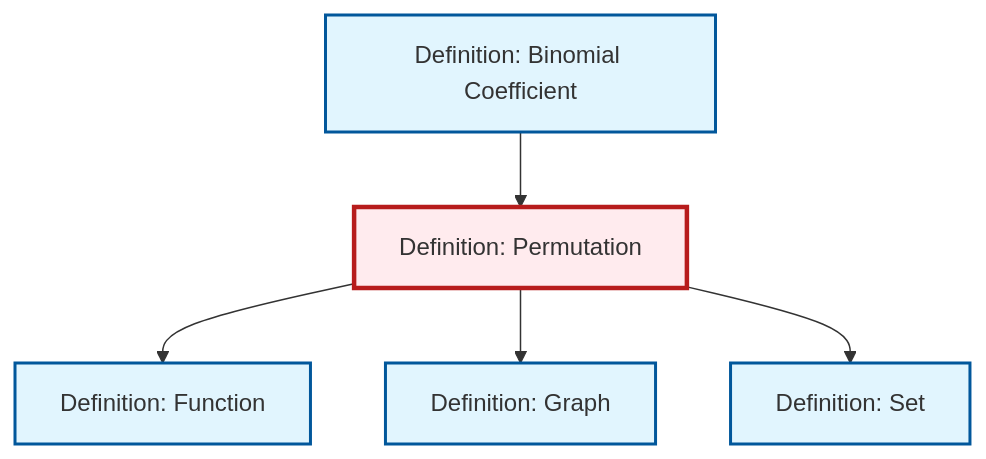
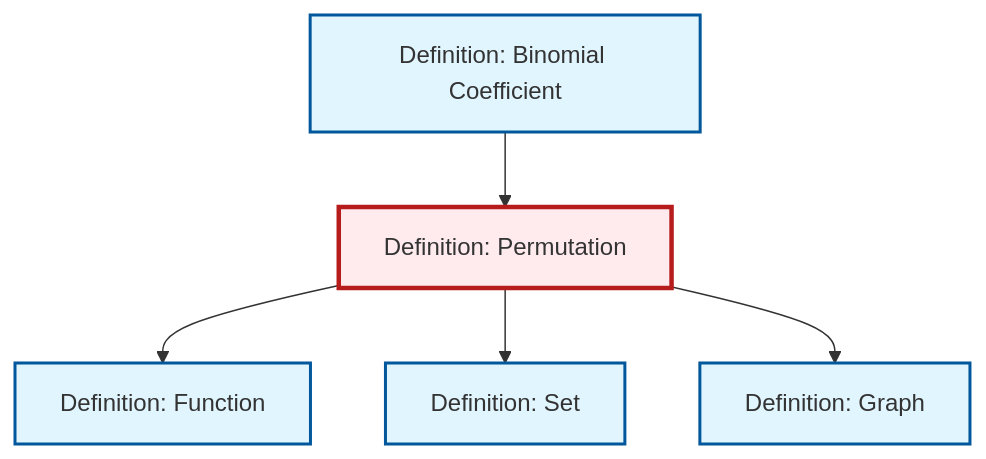
Before and after one commit to RK0429/ModernMath: the diagram in content/ja/combinatorics/def-permutation.qmd, drawn with Mermaid. The commit also changed other lines of this file and 619 other files, not shown here.

````diff
--- a/content/ja/combinatorics/def-permutation.qmd
+++ b/content/ja/combinatorics/def-permutation.qmd
@@ -54,23 +54,23 @@
 ```{mermaid}
 %%| fig-cap: "Local dependency graph"
 graph TD
     classDef definition fill:#e1f5fe,stroke:#01579b,stroke-width:2px
     classDef theorem fill:#f3e5f5,stroke:#4a148c,stroke-width:2px
     classDef axiom fill:#fff3e0,stroke:#e65100,stroke-width:2px
     classDef example fill:#e8f5e9,stroke:#1b5e20,stroke-width:2px
     classDef current fill:#ffebee,stroke:#b71c1c,stroke-width:3px
+    def-set["Definition: Set"]:::definition
+    def-permutation["Definition: Permutation"]:::definition
     def-binomial-coefficient["Definition: Binomial Coefficient"]:::definition
     def-function["Definition: Function"]:::definition
-    def-set["Definition: Set"]:::definition
-    def-permutation["Definition: Permutation"]:::definition
     def-graph["Definition: Graph"]:::definition
     def-permutation --> def-function
     def-binomial-coefficient --> def-permutation
+    def-permutation --> def-set
     def-permutation --> def-graph
-    def-permutation --> def-set
     class def-permutation current
+    click def-set "def-set.html" "Definition: Setへ"
     click def-binomial-coefficient "def-binomial-coefficient.html" "Definition: Binomial Coefficientへ"
     click def-function "def-function.html" "Definition: Functionへ"
-    click def-set "def-set.html" "Definition: Setへ"
     click def-graph "def-graph.html" "Definition: Graphへ"
 ```
````
